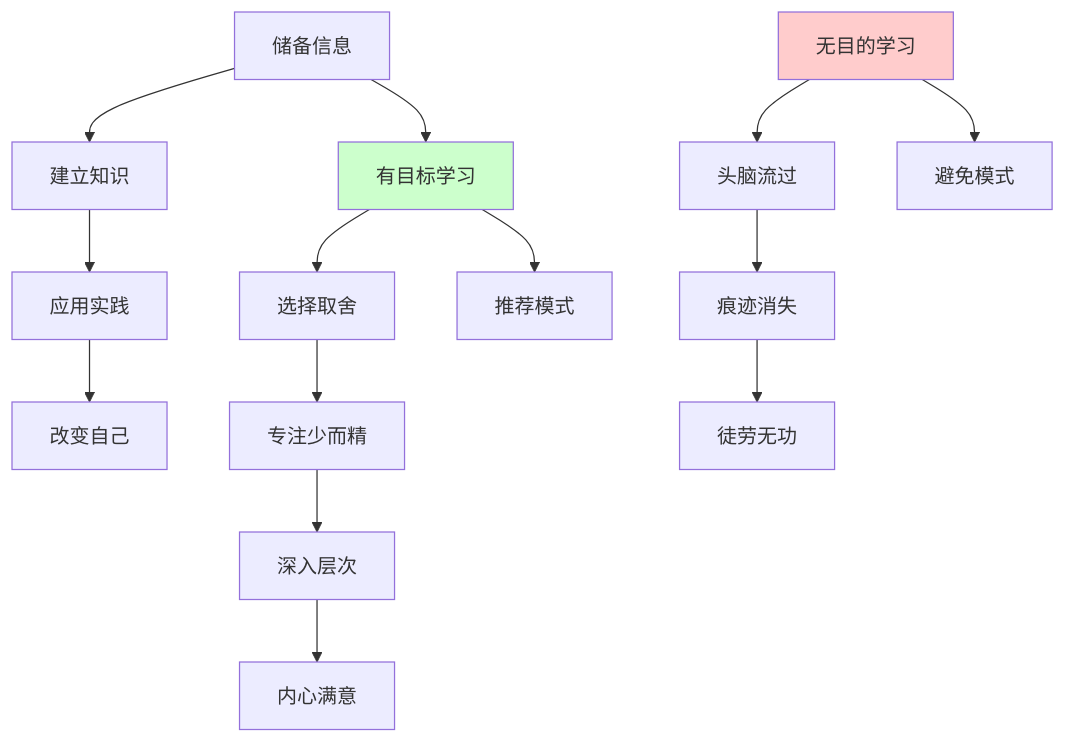
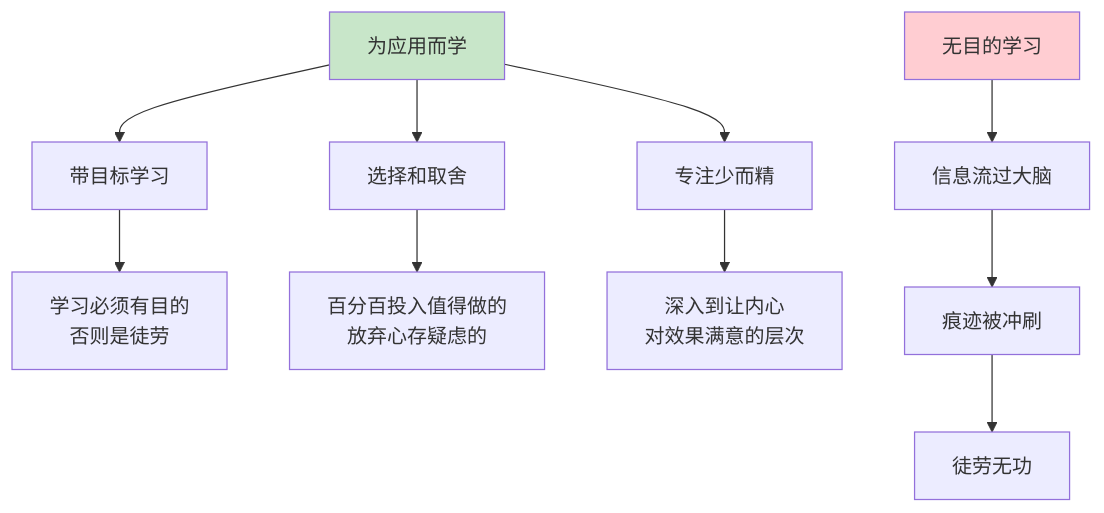
The ninth of 10 diagrams in 10.自我进阶提升书/02.信息筛选和体系/2.1信息过载怎么办.md (chongyang211/YCBookBlog), drawn with Mermaid before and after one commit. The commit also changed other lines of this file and 28 other files, not shown here.

````diff
--- a/10.自我进阶提升书/02.信息筛选和体系/2.1信息过载怎么办.md
+++ b/10.自我进阶提升书/02.信息筛选和体系/2.1信息过载怎么办.md
@@ -305,22 +348,17 @@
 ```mermaid
 graph TD
-    A[储备信息] --> B[建立知识]
-    B --> C[应用实践]
-    C --> D[改变自己]
+    A[为应用而学] --> B[带目标学习]
+    A --> C[选择和取舍]
+    A --> D[专注少而精]
     
-    E[无目的学习] --> F[头脑流过]
-    F --> G[痕迹消失]
+    B --> B1[学习必须有目的<br/>否则是徒劳]
+    C --> C1[百分百投入值得做的<br/>放弃心存疑虑的]
+    D --> D1[深入到让内心<br/>对效果满意的层次]
+    
+    E[无目的学习] --> F[信息流过大脑]
+    F --> G[痕迹被冲刷]
     G --> H[徒劳无功]
     
-    I[有目标学习] --> J[选择取舍]
-    J --> K[专注少而精]
-    K --> L[深入层次]
-    L --> M[内心满意]
-    
-    A --> I
-    E --> N[避免模式]
-    I --> O[推荐模式]
-    
-    style E fill:#ffcccc
-    style I fill:#ccffcc
+    style A fill:#c8e6c9
+    style E fill:#ffcdd2
 ```
````
